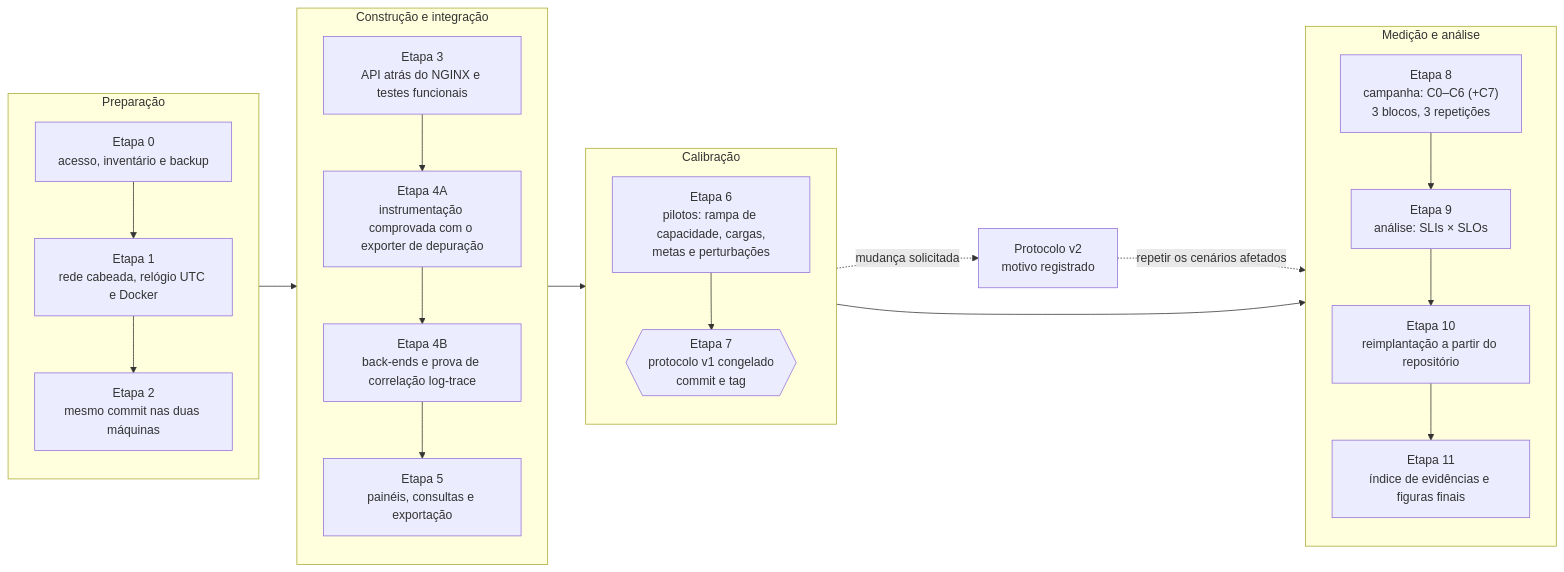
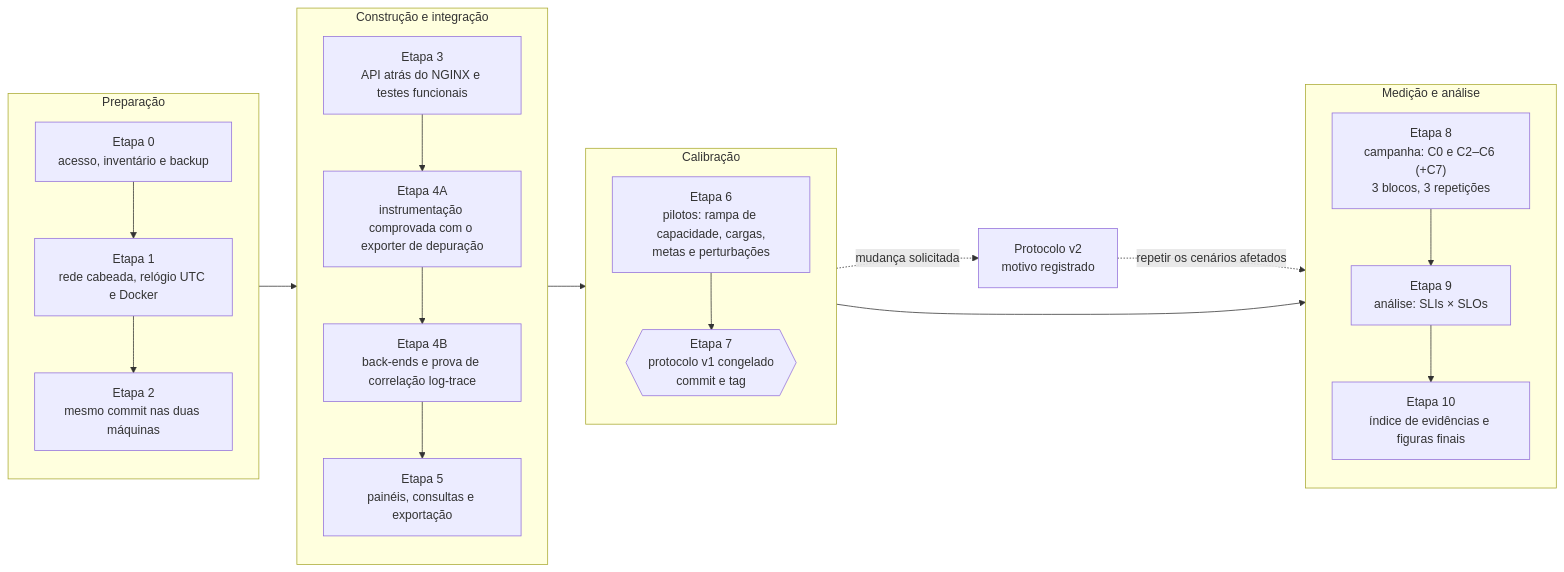
One commit to itamarsb/Observability-Engineering-Framework changed the seventh of 7 diagrams in docs/architecture/README.md. Above: the diagram before and after it, drawn with Mermaid. The commit also changed 30 other files, not shown here.

````diff
--- a/docs/architecture/README.md
+++ b/docs/architecture/README.md
@@ -226,28 +226,28 @@
 ```mermaid
 flowchart LR
     subgraph PREP["Preparação"]
         direction TB
         S0["Etapa 0<br/>acesso, inventário e backup"] --> S1["Etapa 1<br/>rede cabeada, relógio UTC e Docker"] --> S2["Etapa 2<br/>mesmo commit nas duas máquinas"]
     end
 
     subgraph BUILD["Construção e integração"]
         direction TB
         S3["Etapa 3<br/>API atrás do NGINX e testes funcionais"] --> S4A["Etapa 4A<br/>instrumentação comprovada com o exporter de depuração"] --> S4B["Etapa 4B<br/>back-ends e prova de correlação log-trace"] --> S5["Etapa 5<br/>painéis, consultas e exportação"]
     end
 
     subgraph CAL["Calibração"]
         direction TB
         S6["Etapa 6<br/>pilotos: rampa de capacidade, cargas,<br/>metas e perturbações"] --> S7{{"Etapa 7<br/>protocolo v1 congelado<br/>commit e tag"}}
     end
 
     subgraph MEAS["Medição e análise"]
         direction TB
-        S8["Etapa 8<br/>campanha: C0–C6 (+C7)<br/>3 blocos, 3 repetições"] --> S9["Etapa 9<br/>análise: SLIs × SLOs"] --> S10["Etapa 10<br/>reimplantação a partir do repositório"] --> S11["Etapa 11<br/>índice de evidências e figuras finais"]
+        S8["Etapa 8<br/>campanha: C0 e C2–C6 (+C7)<br/>3 blocos, 3 repetições"] --> S9["Etapa 9<br/>análise: SLIs × SLOs"] --> S10["Etapa 10<br/>índice de evidências e figuras finais"]
     end
 
     S2 --> S3
     S5 --> S6
     S7 --> S8
     S7 -.->|"mudança solicitada"| V2["Protocolo v2<br/>motivo registrado"]
     V2 -.->|"repetir os cenários afetados"| S8
 ```
````
